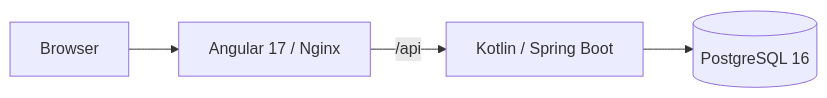
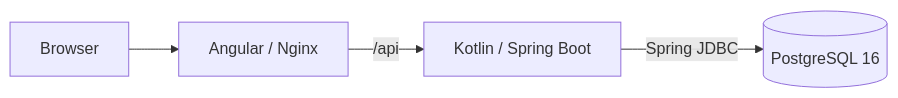
The diagram in README.md (mikedvl/casino-wallet), drawn with Mermaid before and after one commit. The commit also changed other lines of this file and 3 other files, not shown here.

````diff
--- a/README.md
+++ b/README.md
@@ -22,6 +77,6 @@
 ```mermaid
 flowchart LR
-    Browser --> Frontend[Angular 17 / Nginx]
+    Browser --> Frontend[Angular / Nginx]
     Frontend -->|/api| Backend[Kotlin / Spring Boot]
-    Backend --> PostgreSQL[(PostgreSQL 16)]
+    Backend -->|Spring JDBC| PostgreSQL[(PostgreSQL 16)]
 ```
````
